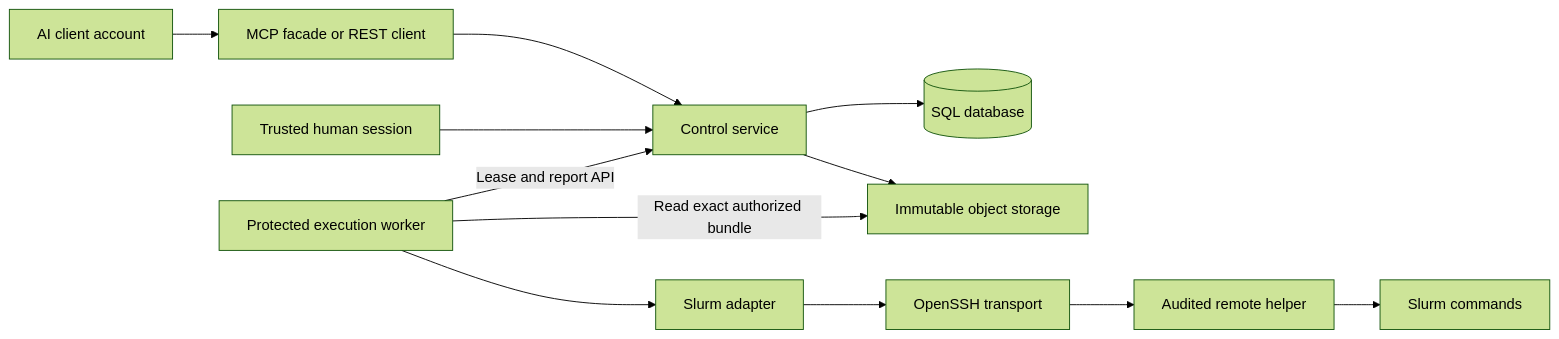
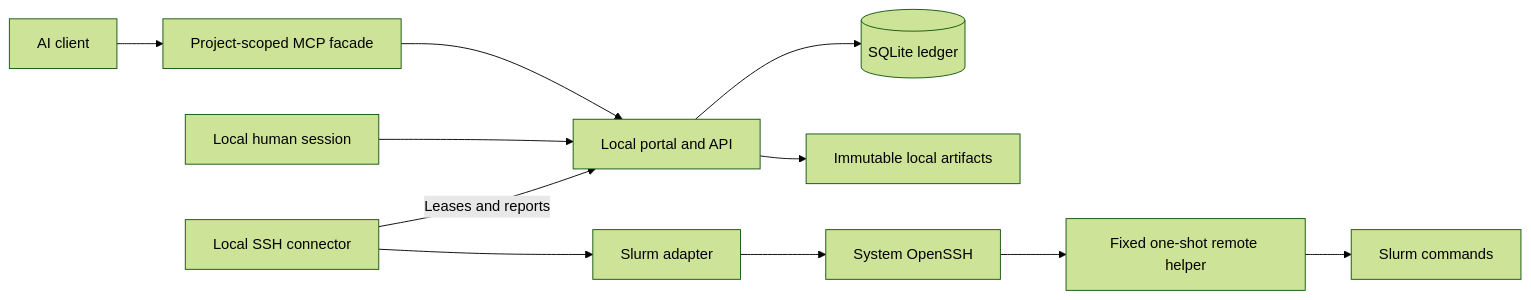
The first of 2 diagrams in docs/architecture.md (schmitfe/compute-relay), drawn with Mermaid (forest theme) before and after one commit. The commit also changed other lines of this file and 481 other files, not shown here.

````diff
--- a/docs/architecture.md
+++ b/docs/architecture.md
@@ -20,14 +24,13 @@
 ```mermaid
 flowchart LR
-    A[AI client account] --> F[MCP facade or REST client]
-    F --> C[Control service]
-    H[Trusted human session] --> C
-    C --> D[(SQL database)]
-    C --> O[Immutable object storage]
-    W[Protected execution worker] -->|Lease and report API| C
-    W -->|Read exact authorized bundle| O
+    A[AI client] --> F[Project-scoped MCP facade]
+    F --> C[Local portal and API]
+    H[Local human session] --> C
+    C --> D[(SQLite ledger)]
+    C --> O[Immutable local artifacts]
+    W[Local SSH connector] -->|Leases and reports| C
     W --> S[Slurm adapter]
-    S --> T[OpenSSH transport]
-    T --> R[Audited remote helper]
+    S --> T[System OpenSSH]
+    T --> R[Fixed one-shot remote helper]
     R --> L[Slurm commands]
 ```
````
